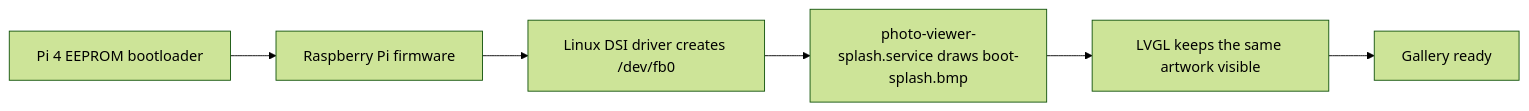
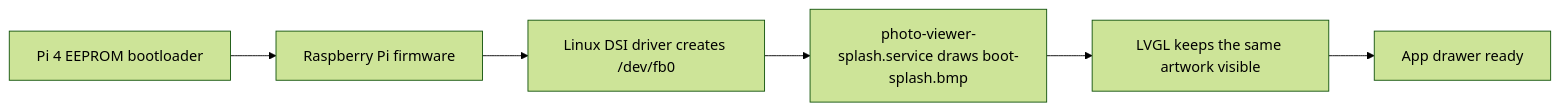
The third of 3 diagrams in DIRECTORY_STRUCTURE.md (Vedant-Git-Hub/RPI4_LVGL_DEMO_YOCTO), drawn with Mermaid (forest theme) before and after one commit. The commit also changed other lines of this file and 27 other files, not shown here.

````diff
--- a/DIRECTORY_STRUCTURE.md
+++ b/DIRECTORY_STRUCTURE.md
@@ -133,8 +163,8 @@
 ```mermaid
 flowchart LR
     A["Pi 4 EEPROM bootloader"] --> B["Raspberry Pi firmware"]
     B --> C["Linux DSI driver creates /dev/fb0"]
     C --> D["photo-viewer-splash.service draws boot-splash.bmp"]
     D --> E["LVGL keeps the same artwork visible"]
-    E --> F["Gallery ready"]
+    E --> F["App drawer ready"]
 ```
````
